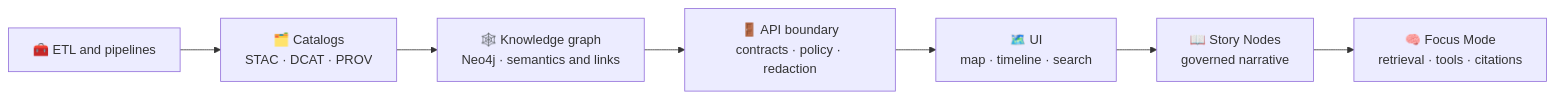
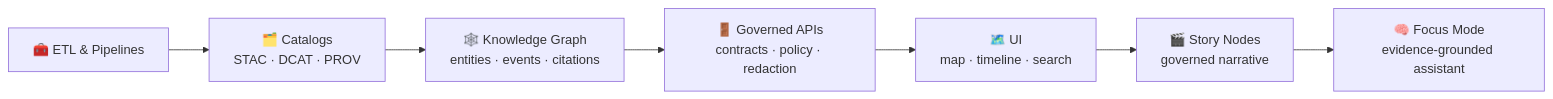
The first of 5 diagrams in web/README.md (bartytime4life/Kansas-Frontier-Matrix), drawn with Mermaid before and after one commit. The commit also changed other lines of this file, not shown here.

````diff
--- a/web/README.md
+++ b/web/README.md
@@ -130,9 +159,9 @@
 ```mermaid
 flowchart LR
-  A["🧰 ETL and pipelines"] --> B["🗂️ Catalogs<br/>STAC · DCAT · PROV"]
-  B --> C["🕸️ Knowledge graph<br/>Neo4j · semantics and links"]
-  C --> D["🚪 API boundary<br/>contracts · policy · redaction"]
+  A["🧰 ETL & Pipelines"] --> B["🗂️ Catalogs<br/>STAC · DCAT · PROV"]
+  B --> C["🕸️ Knowledge Graph<br/>entities · events · citations"]
+  C --> D["🚪 Governed APIs<br/>contracts · policy · redaction"]
   D --> E["🗺️ UI<br/>map · timeline · search"]
-  E --> F["📖 Story Nodes<br/>governed narrative"]
-  F --> G["🧠 Focus Mode<br/>retrieval · tools · citations"]
+  E --> F["🎬 Story Nodes<br/>governed narrative"]
+  F --> G["🧠 Focus Mode<br/>evidence-grounded assistant"]
 ```
````
